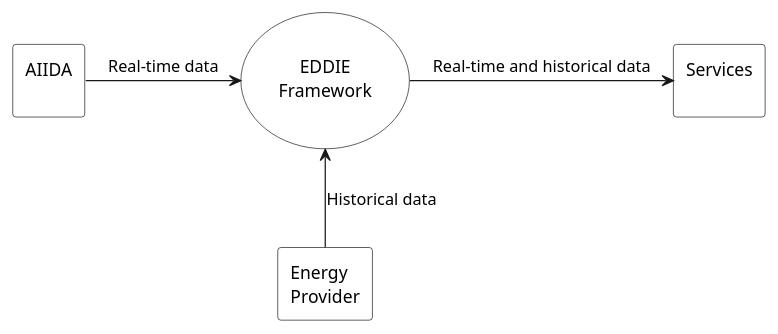
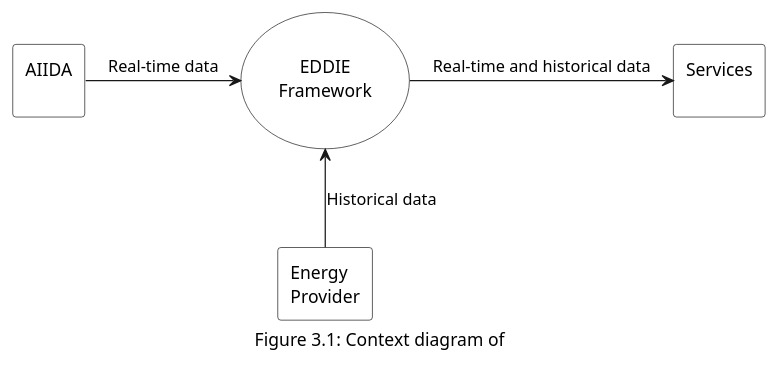
Before and after one commit to eddie-energy/architecture: the diagram in 3-context-and-scope/figures/context-diagram.puml, drawn with PlantUML. The commit also changed 5 other files, not shown here.

```diff
--- a/3-context-and-scope/figures/context-diagram.puml
+++ b/3-context-and-scope/figures/context-diagram.puml
@@ -1,27 +1,29 @@
 @startuml context-diagram
 'context diagram
 
 ' skinparam linetype ortho
 skinparam usecase {
   BorderColor black
   BackgroundColor transparent
 }
 skinparam rectangle {
   BorderColor black
   BackgroundColor transparent
 }
 
 usecase "\nEDDIE\nFramework\n" as eddie 
 ' #ffbd38
 rectangle "Energy\nProvider" as energy
 ' #52cbff
 rectangle "AIIDA\n" as aiida
 ' #7aff83
 rectangle "Services\n" as services
 ' #ff52ab
 
 aiida -right-> eddie :Real-time data
 energy -up-> eddie :Historical data
 eddie -right-> services :Real-time and historical data
 
+caption Figure 3.1: Context diagram of
+
 @enduml
```
